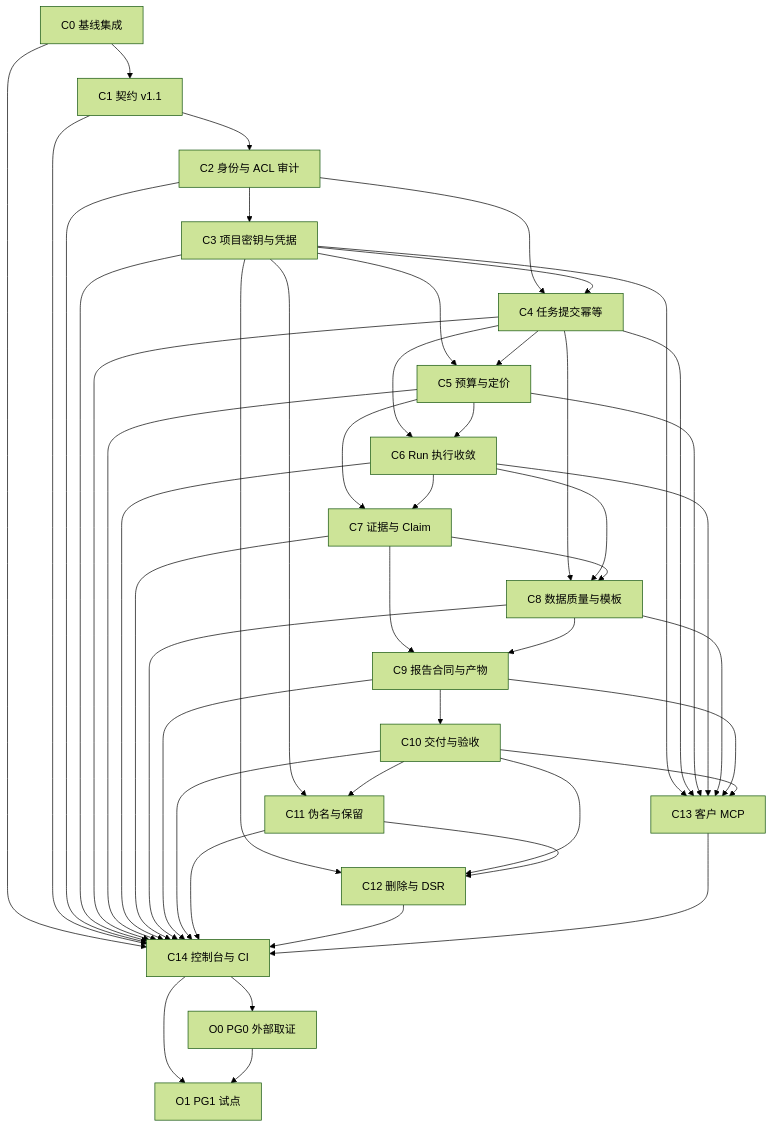
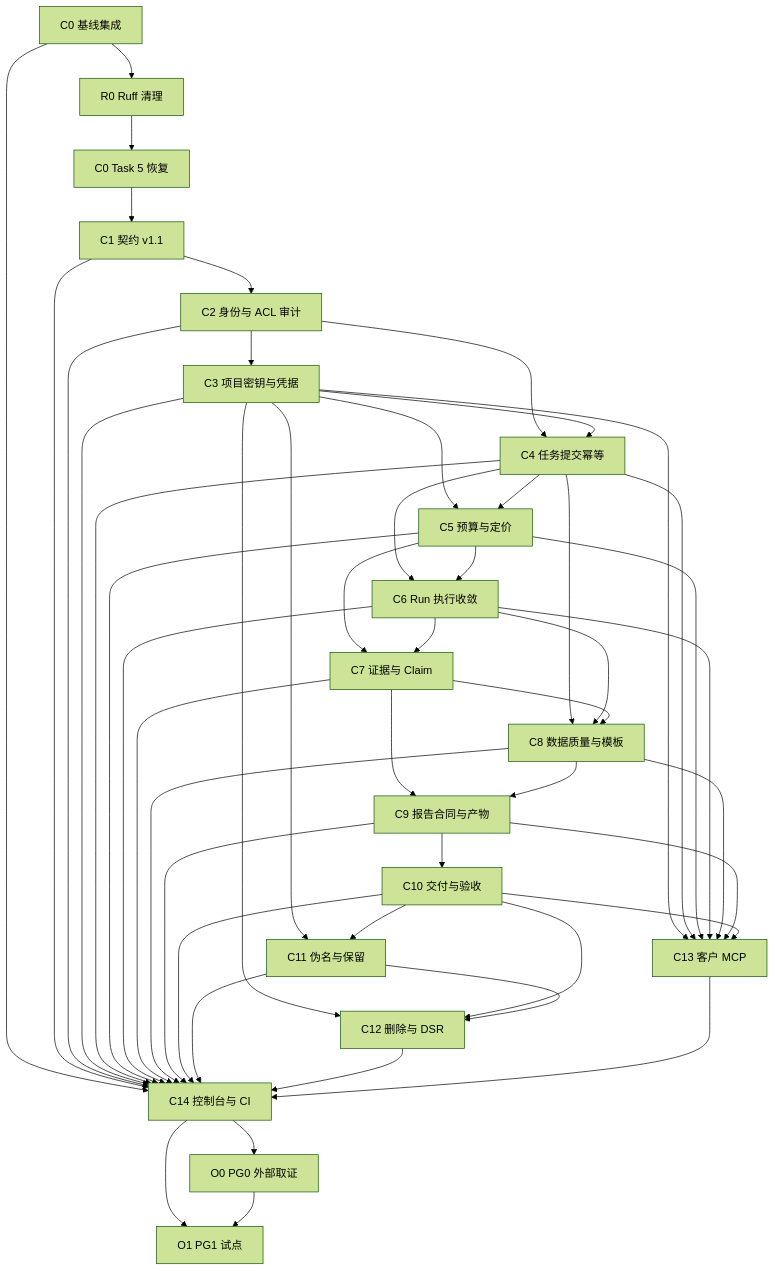
One commit to zjgulai/data_achieve changed the diagram in docs/superpowers/plans/2026-10-22-governed-task-platform-master-plan.md. Above: the diagram before and after it, drawn with Mermaid (forest theme). The commit also changed other lines of this file and 2 other files, not shown here.

Commit message:
docs(plan): add R0 Ruff cleanup slice

````diff
--- a/docs/superpowers/plans/2026-10-22-governed-task-platform-master-plan.md
+++ b/docs/superpowers/plans/2026-10-22-governed-task-platform-master-plan.md
@@ -92,49 +94,51 @@
 ```mermaid
 graph TD
-  C0[C0 基线集成] --> C1[C1 契约 v1.1]
+  C0[C0 基线集成] --> R0[R0 Ruff 清理]
+  R0 --> C0R[C0 Task 5 恢复]
+  C0R --> C1[C1 契约 v1.1]
   C1 --> C2[C2 身份与 ACL 审计]
   C2 --> C3[C3 项目密钥与凭据]
   C2 --> C4[C4 任务提交幂等]
   C3 --> C4
   C3 --> C5[C5 预算与定价]
   C4 --> C5
   C4 --> C6[C6 Run 执行收敛]
   C5 --> C6
   C5 --> C7[C7 证据与 Claim]
   C6 --> C7
   C4 --> C8[C8 数据质量与模板]
   C6 --> C8
   C7 --> C8
   C7 --> C9[C9 报告合同与产物]
   C8 --> C9
   C9 --> C10[C10 交付与验收]
   C3 --> C11[C11 伪名与保留]
   C10 --> C11
   C3 --> C12[C12 删除与 DSR]
   C10 --> C12
   C11 --> C12
   C3 --> C13[C13 客户 MCP]
   C4 --> C13
   C5 --> C13
   C6 --> C13
   C8 --> C13
   C9 --> C13
   C10 --> C13
   C0 --> C14[C14 控制台与 CI]
   C1 --> C14
   C2 --> C14
   C3 --> C14
   C4 --> C14
   C5 --> C14
   C6 --> C14
   C7 --> C14
   C8 --> C14
   C9 --> C14
   C10 --> C14
   C11 --> C14
   C12 --> C14
   C13 --> C14
   C14 --> O0[O0 PG0 外部取证]
   C14 --> O1[O1 PG1 试点]
   O0 --> O1
 ```
````
